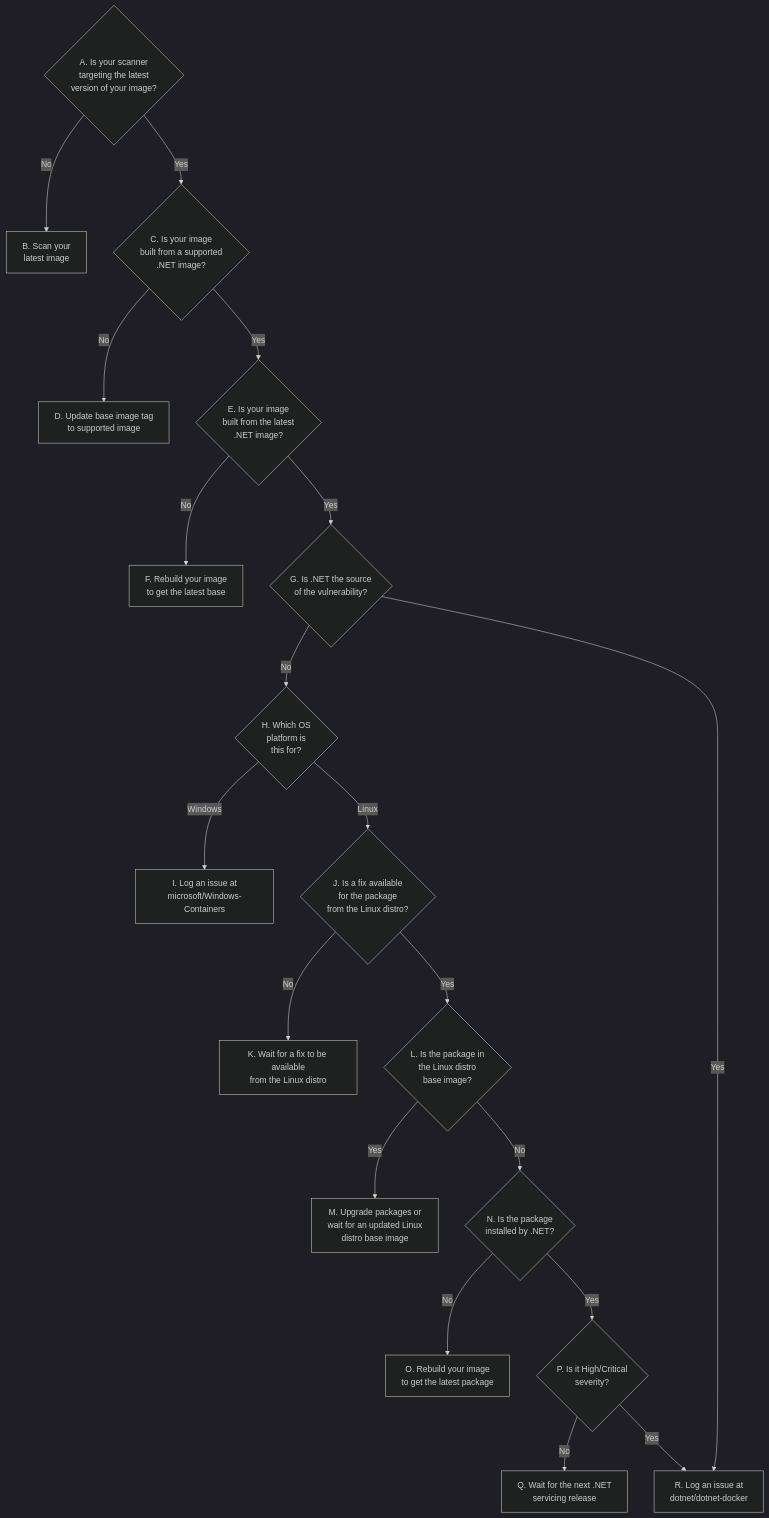
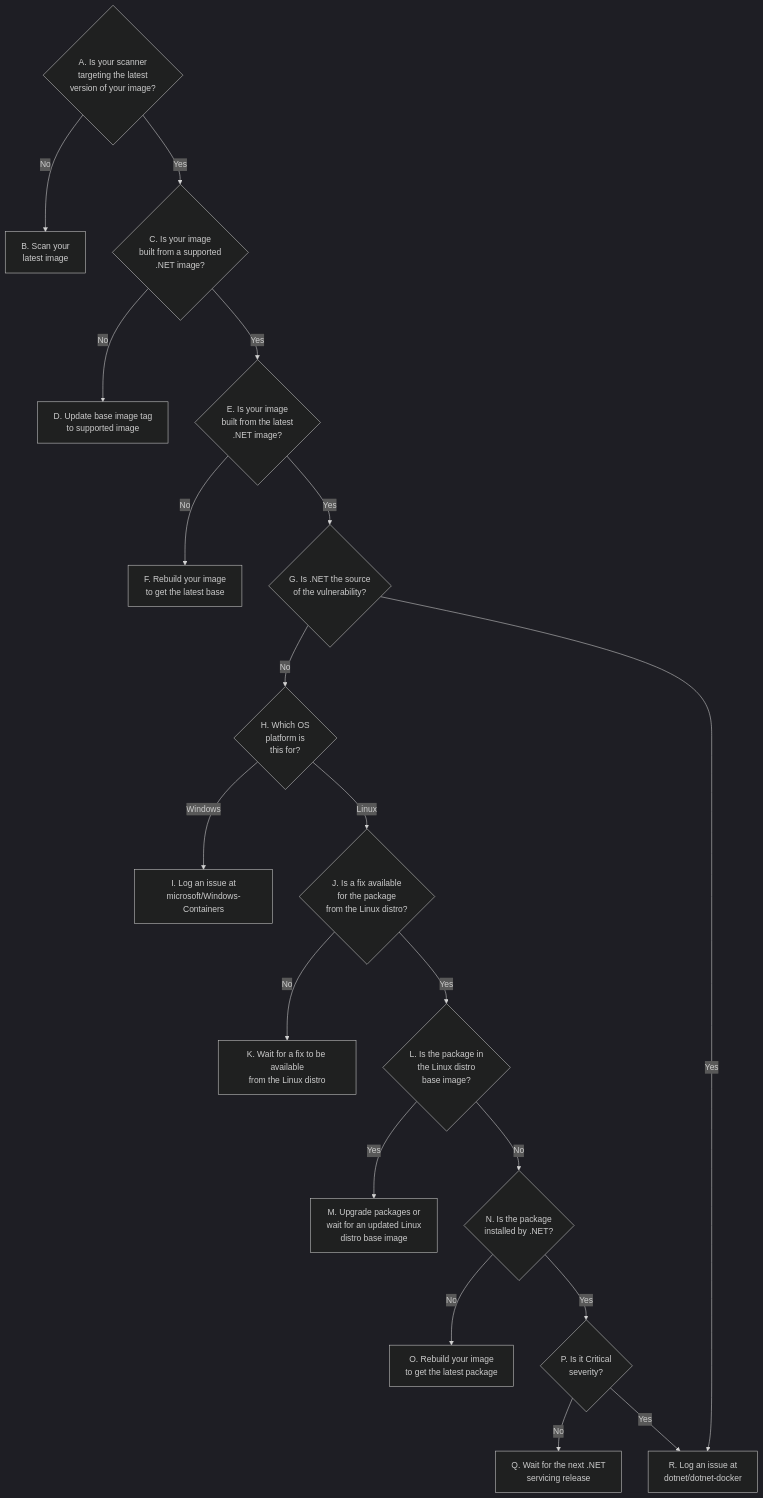
Before and after one commit to dotnet/dotnet-docker: the diagram in documentation/vulnerability-reporting.md, drawn with Mermaid (dark theme). The commit also changed other lines of this file, not shown here.

Commit message:
Update more severity conditions in vulnerability-reporting doc

````diff
--- a/documentation/vulnerability-reporting.md
+++ b/documentation/vulnerability-reporting.md
@@ -24,21 +24,21 @@
 ```mermaid
 flowchart
     ScanningLatest{A. Is your scanner<br>targeting the latest<br>version of your image?} --> |No|RescanLatest[B. Scan your<br>latest image]
     ScanningLatest --> |Yes|BuiltOnSupportedBase{C. Is your image<br>built from a supported<br>.NET image?}
     BuiltOnSupportedBase --> |No|UpdateBaseImageTag[D. Update base image tag<br>to supported image]
     BuiltOnSupportedBase --> |Yes|BuiltOnLatestBase{E. Is your image<br>built from the latest<br>.NET image?}
     BuiltOnLatestBase --> |No|RebuildImageBase[F. Rebuild your image<br>to get the latest base]
     BuiltOnLatestBase --> |Yes|IsDotnetVuln{G. Is .NET the source<br>of the vulnerability?}
     IsDotnetVuln --> |No|PlatformType{H. Which OS<br>platform is<br>this for?}
     IsDotnetVuln --> |Yes|LogDotnetDocker[R. Log an issue at<br>dotnet/dotnet-docker]
     PlatformType --> |Windows|WindowsVuln[I. Log an issue at<br>microsoft/Windows-Containers]
     PlatformType --> |Linux|LinuxFixAvailability{J. Is a fix available<br>for the package<br>from the Linux distro?}
     LinuxFixAvailability --> |No|WaitForFix[K. Wait for a fix to be available<br>from the Linux distro]
     LinuxFixAvailability --> |Yes|InLinuxBaseImage{L. Is the package in<br>the Linux distro<br>base image?}
     InLinuxBaseImage --> |Yes|WaitForLinuxBaseUpdate[M. Upgrade packages or<br>wait for an updated Linux<br>distro base image]
     InLinuxBaseImage --> |No|InstalledByDotnet{N. Is the package<br>installed by .NET?}
     InstalledByDotnet --> |No|RebuildImagePackage[O. Rebuild your image<br>to get the latest package]
-    InstalledByDotnet --> |Yes|HiSeverity{P. Is it High/Critical<br>severity?}
+    InstalledByDotnet --> |Yes|HiSeverity{P. Is it Critical<br>severity?}
     HiSeverity --> |No|WaitForDotnetServicing[Q. Wait for the next .NET<br>servicing release]
     HiSeverity --> |Yes|LogDotnetDocker
 ```
````
